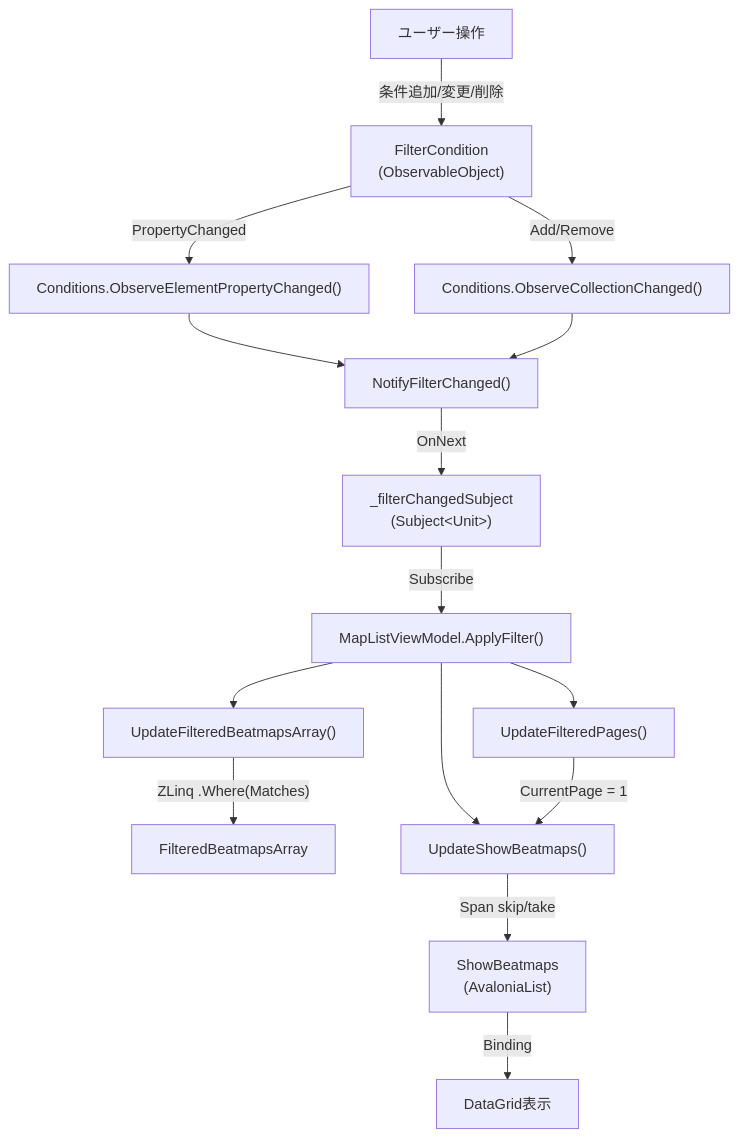
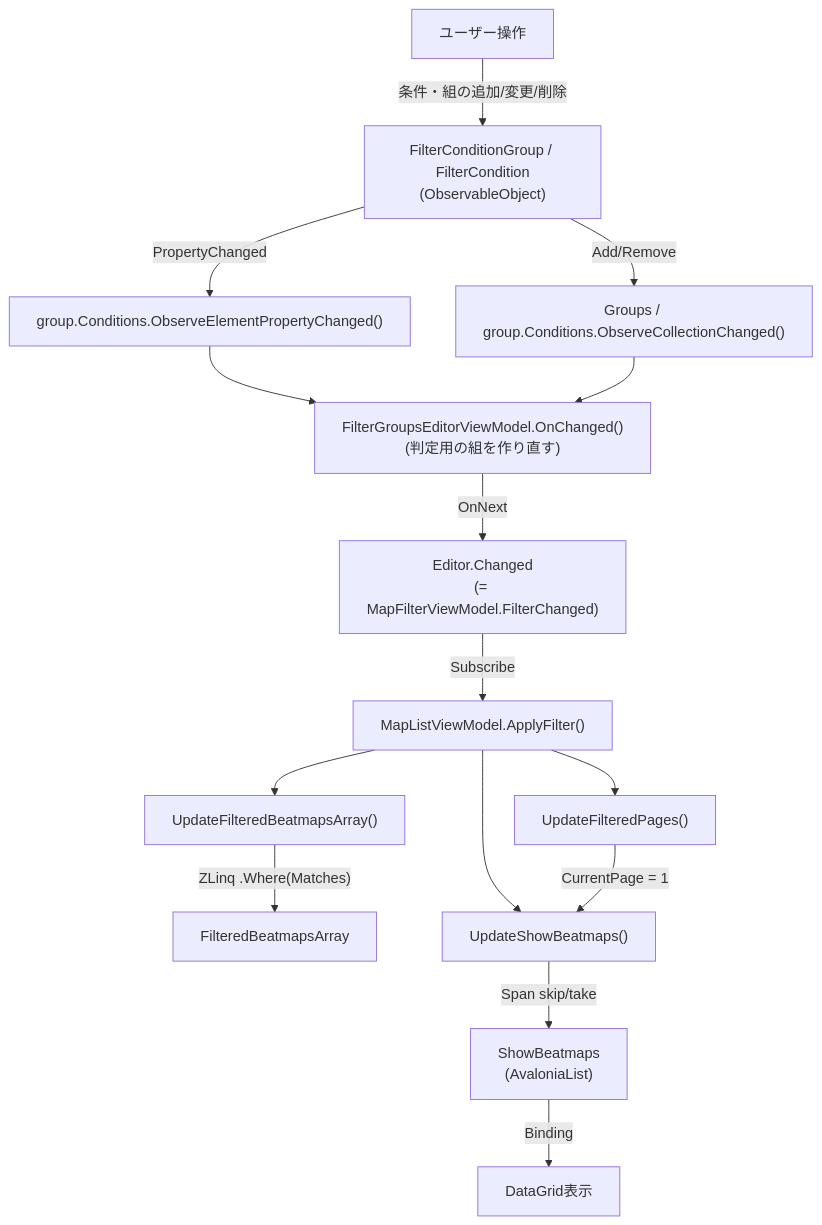
Before and after one commit to rice5941/NakuruTool_Avalonia_AOT: the fifth of 25 diagrams in docs/DATA_FLOW.md, drawn with Mermaid. The commit also changed other lines of this file and 37 other files, not shown here.

````diff
--- a/docs/DATA_FLOW.md
+++ b/docs/DATA_FLOW.md
@@ -203,22 +203,22 @@
 ```mermaid
 flowchart TD
-    U["ユーザー操作"] -->|条件追加/変更/削除| FC["FilterCondition<br/>(ObservableObject)"]
-    FC -->|PropertyChanged| OEP["Conditions.ObserveElementPropertyChanged()"]
-    FC -->|Add/Remove| OCC["Conditions.ObserveCollectionChanged()"]
+    U["ユーザー操作"] -->|条件・組の追加/変更/削除| FC["FilterConditionGroup / FilterCondition<br/>(ObservableObject)"]
+    FC -->|PropertyChanged| OEP["group.Conditions.ObserveElementPropertyChanged()"]
+    FC -->|Add/Remove| OCC["Groups / group.Conditions.ObserveCollectionChanged()"]
 
-    OEP --> NFC["NotifyFilterChanged()"]
+    OEP --> NFC["FilterGroupsEditorViewModel.OnChanged()<br/>(判定用の組を作り直す)"]
     OCC --> NFC
 
-    NFC -->|OnNext| FCS["_filterChangedSubject<br/>(Subject&lt;Unit&gt;)"]
+    NFC -->|OnNext| FCS["Editor.Changed<br/>(= MapFilterViewModel.FilterChanged)"]
     FCS -->|Subscribe| AF["MapListViewModel.ApplyFilter()"]
 
     AF --> UF["UpdateFilteredBeatmapsArray()"]
     UF -->|"ZLinq .Where(Matches)"| FB["FilteredBeatmapsArray"]
 
     AF --> UP["UpdateFilteredPages()"]
     AF --> US["UpdateShowBeatmaps()"]
 
     UP -->|"CurrentPage = 1"| US
     US -->|"Span skip/take"| SB["ShowBeatmaps<br/>(AvaloniaList)"]
     SB -->|Binding| UI["DataGrid表示"]
 ```
````
